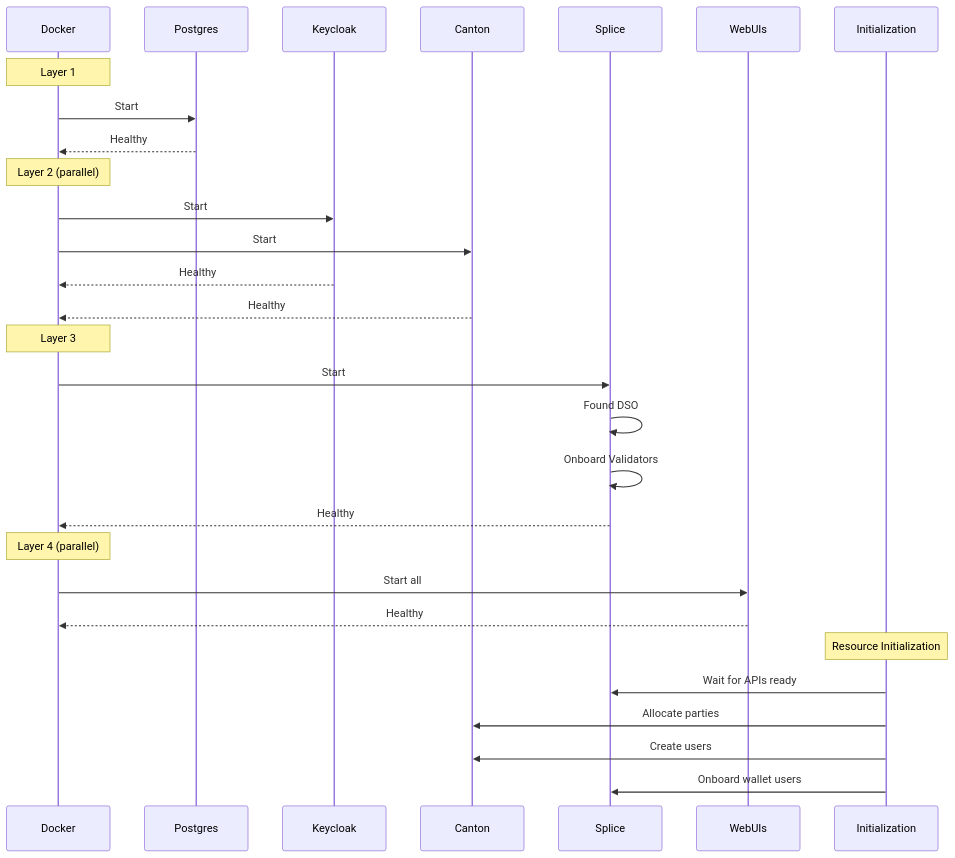
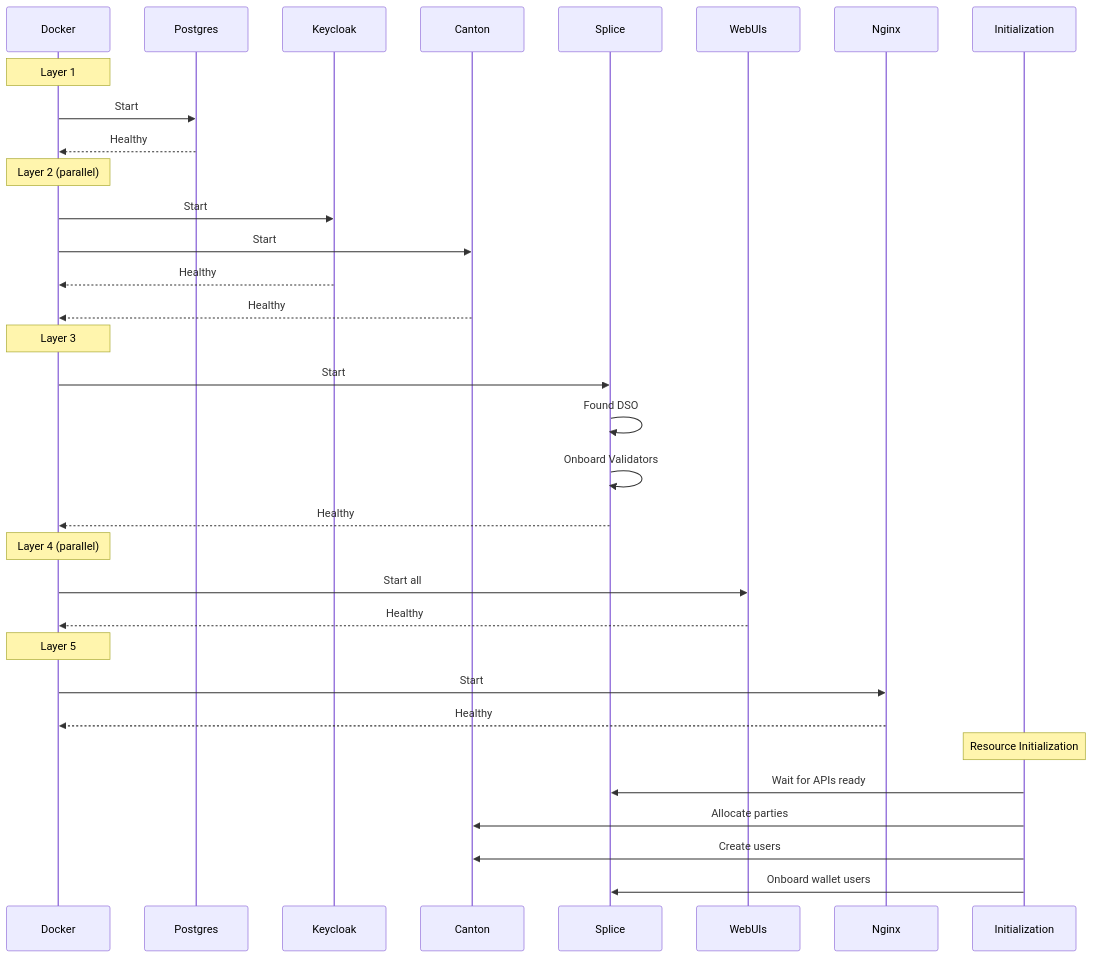
One commit to denex-io/denex-network-manager changed the fifth of 7 diagrams in site/src/content/docs/how-it-works/architecture.md. Above: the diagram before and after it, drawn with Mermaid. The commit also changed other lines of this file and 14 other files, not shown here.

````diff
--- a/site/src/content/docs/how-it-works/architecture.md
+++ b/site/src/content/docs/how-it-works/architecture.md
@@ -464,36 +475,41 @@
 ```mermaid
 sequenceDiagram
     participant Docker
     participant Postgres
     participant Keycloak
     participant Canton
     participant Splice
     participant WebUIs
+    participant Nginx
     participant Init as Initialization
     
     Note over Docker: Layer 1
     Docker->>Postgres: Start
     Postgres-->>Docker: Healthy
     
     Note over Docker: Layer 2 (parallel)
     Docker->>Keycloak: Start
     Docker->>Canton: Start
     Keycloak-->>Docker: Healthy
     Canton-->>Docker: Healthy
     
     Note over Docker: Layer 3
     Docker->>Splice: Start
     Splice->>Splice: Found DSO
     Splice->>Splice: Onboard Validators
     Splice-->>Docker: Healthy
     
     Note over Docker: Layer 4 (parallel)
     Docker->>WebUIs: Start all
     WebUIs-->>Docker: Healthy
+
+    Note over Docker: Layer 5
+    Docker->>Nginx: Start
+    Nginx-->>Docker: Healthy
     
     Note over Init: Resource Initialization
     Init->>Splice: Wait for APIs ready
     Init->>Canton: Allocate parties
     Init->>Canton: Create users
     Init->>Splice: Onboard wallet users
 ```
````
